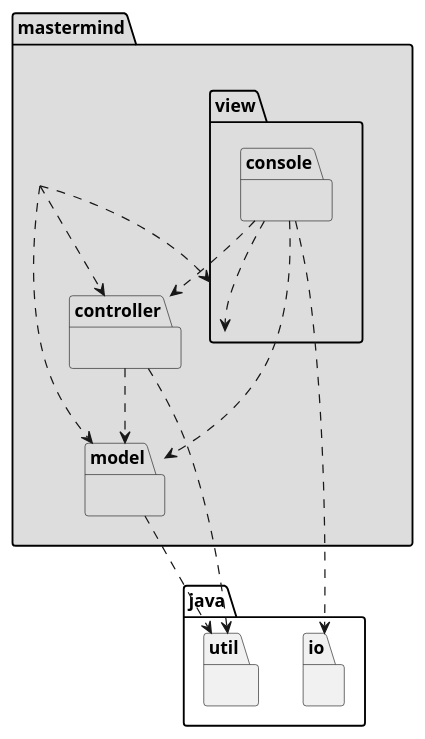
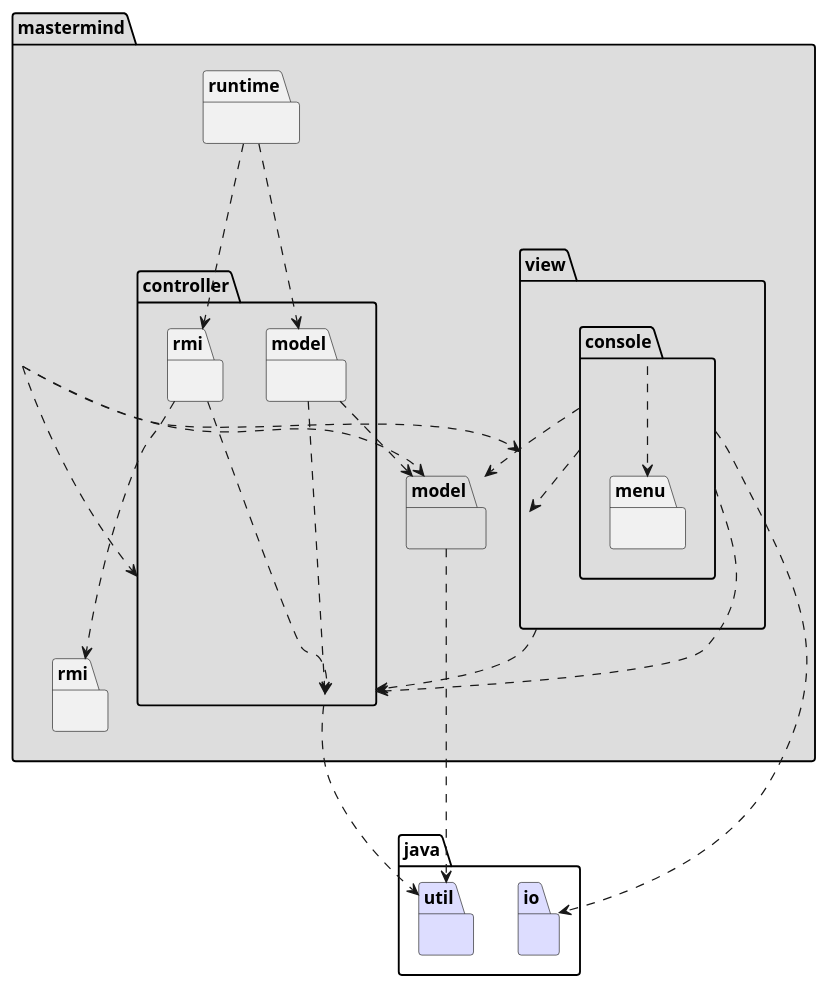
One commit to ciscoruiz/mastermind changed the diagram in doc/arquitectura.puml. Above: the diagram before and after it, drawn with PlantUML. The commit also changed 6 other files, not shown here.

Commit message:
Update documentation as PlantUML

```diff
--- a/doc/arquitectura.puml
+++ b/doc/arquitectura.puml
@@ -1,37 +1,62 @@
 @startuml
 package mastermind #DDDDDD {
 }
 
 package mastermind.controller #DDDDDD {
 }
 
 package mastermind.model #DDDDDD {
 }
 
 package mastermind.view #DDDDDD {
 }
 
 package mastermind.view.console #DDDDDD {
 }
 
-package java.util {
+package mastermind.view.console.menu {
 }
 
-package java.io {
+package java.util #DDDDFF {
 }
+
+package java.io #DDDDFF {
+}
+
+package mastermind.controller.model {
+}
+
+package mastermind.controller.rmi {
+}
+
+package mastermind.runtime {
+}
+
+package mastermind.rmi {
+}
+
 
 mastermind -[dashed]-> mastermind.controller
 mastermind -[dashed]-> mastermind.view
 mastermind -[dashed]-> mastermind.model
 
+mastermind.view -[dashed]-> mastermind.controller
 mastermind.view.console -[dashed]-> mastermind.view
 mastermind.view.console -[dashed]-> mastermind.model
 mastermind.view.console -[dashed]-> mastermind.controller
 mastermind.view.console -[dashed]-> java.io
+mastermind.view.console -[dashed]-> mastermind.view.console.menu
 
-mastermind.controller -[dashed]-> mastermind.model
-mastermind.controller -[dashed]-> java.util
+mastermind.controller.model -[dashed]-> mastermind.model
+mastermind.controller.model -[dashed]-> mastermind.controller
+mastermind.controller -[dashed]--> java.util
 
-mastermind.model -[dashed]-> java.util
+mastermind.controller.rmi -[dashed]--> mastermind.controller
+mastermind.controller.rmi -[dashed]--> mastermind.rmi
+
+mastermind.model -[dashed].-> java.util
+
+mastermind.runtime -[dashed]--> mastermind.controller.model
+mastermind.runtime -[dashed]--> mastermind.controller.rmi
 
 @enduml
```
